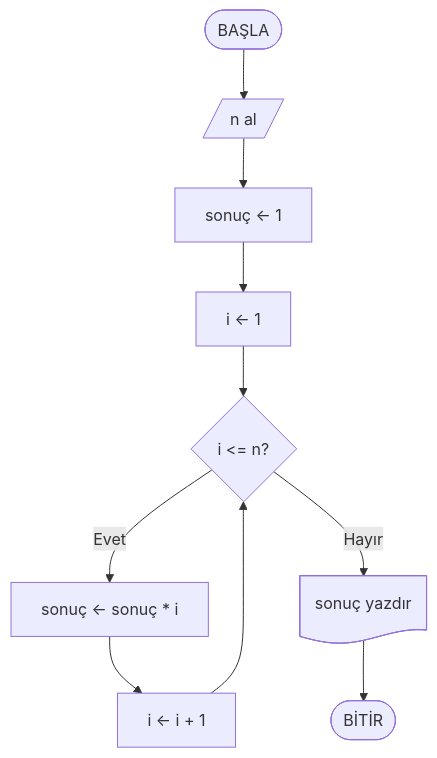
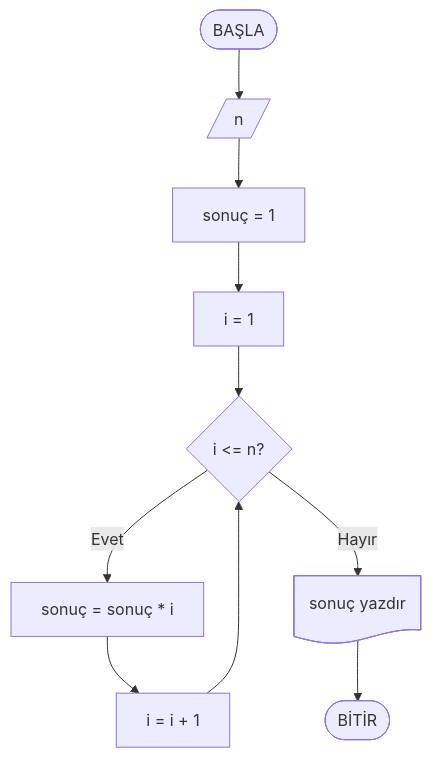
Before and after one commit to ibrahimayaz/Algoritma-ve-Programlamaya-Giris-2025: the fourth of 10 diagrams in Hafta02/ders_icerik.md, drawn with Mermaid. The commit also changed other lines of this file, not shown here.

````diff
--- a/Hafta02/ders_icerik.md
+++ b/Hafta02/ders_icerik.md
@@ -484,7 +484,7 @@
 ```mermaid
 flowchart TD
-  start([BAŞLA]) --> nin[/n al/] --> init1[sonuç ← 1] --> init2[i ← 1]
+  start([BAŞLA]) --> nin[/n/] --> init1[sonuç = 1] --> init2[i = 1]
   init2 --> loop{i <= n?}
-  loop -- Evet --> mult[sonuç ← sonuç * i] --> inc[i ← i + 1] --> loop
+  loop -- Evet --> mult[sonuç = sonuç * i] --> inc[i = i + 1] --> loop
   loop -- Hayır --> out@{ shape: doc, label: "sonuç yazdır" } --> endNode([BİTİR])
 ```
````
